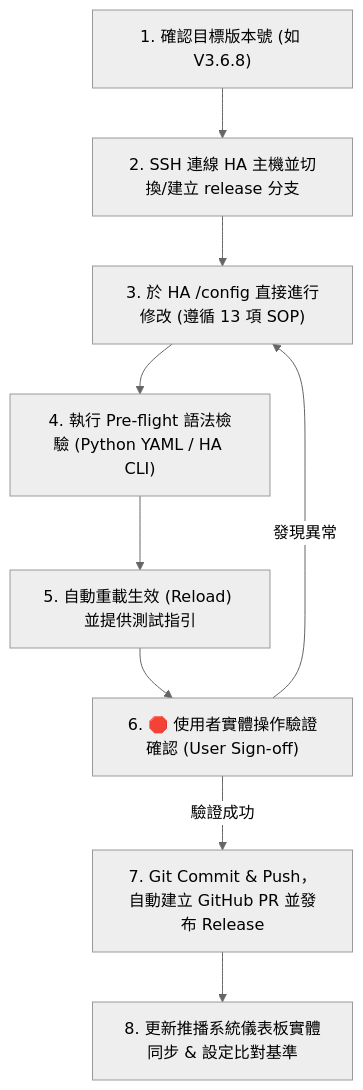
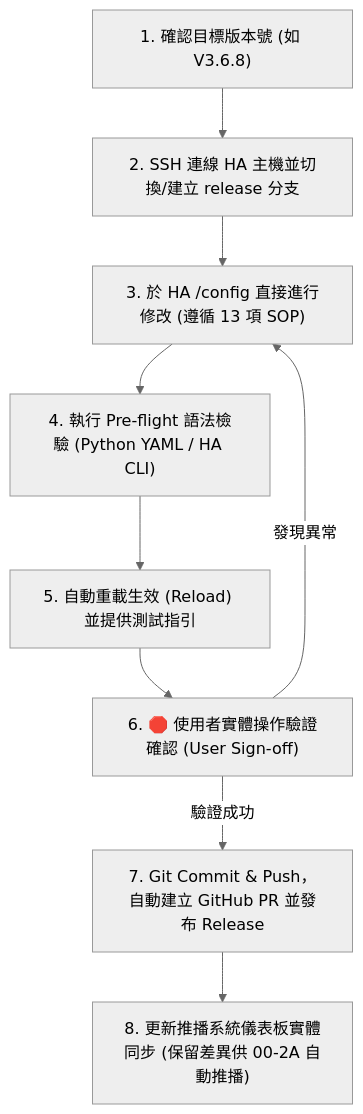
One commit to kennychiang1105/HomeAssistant_Automation changed the diagram in PROJECT_RULES.md. Above: the diagram before and after it, drawn with Mermaid (neutral theme). The commit also changed other lines of this file, not shown here.

````diff
--- a/PROJECT_RULES.md
+++ b/PROJECT_RULES.md
@@ -20,11 +20,11 @@
 ```mermaid
 flowchart TD
     A["1. 確認目標版本號 (如 V3.6.8)"] --> B["2. SSH 連線 HA 主機並切換/建立 release 分支"]
     B --> C["3. 於 HA /config 直接進行修改 (遵循 13 項 SOP)"]
     C --> D["4. 執行 Pre-flight 語法檢驗 (Python YAML / HA CLI)"]
     D --> E["5. 自動重載生效 (Reload) 並提供測試指引"]
     E --> F["6. 🛑 使用者實體操作驗證確認 (User Sign-off)"]
     F -- 驗證成功 --> G["7. Git Commit & Push，自動建立 GitHub PR 並發布 Release"]
-    G --> H["8. 更新推播系統儀表板實體同步 & 設定比對基準"]
+    G --> H["8. 更新推播系統儀表板實體同步 (保留差異供 00-2A 自動推播)"]
     F -- 發現異常 --> C
 ```
````
